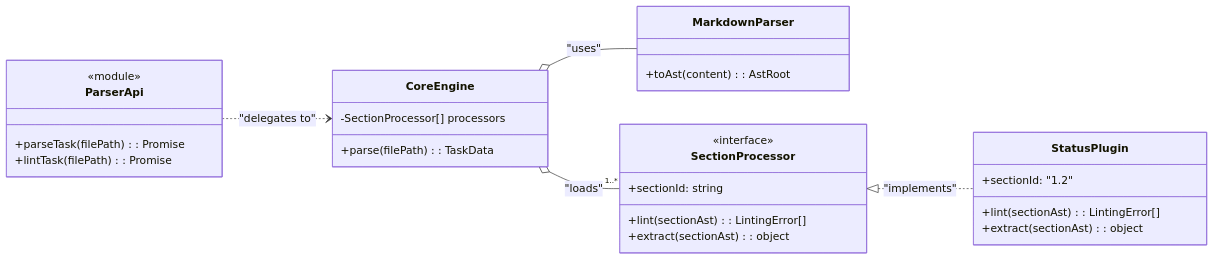
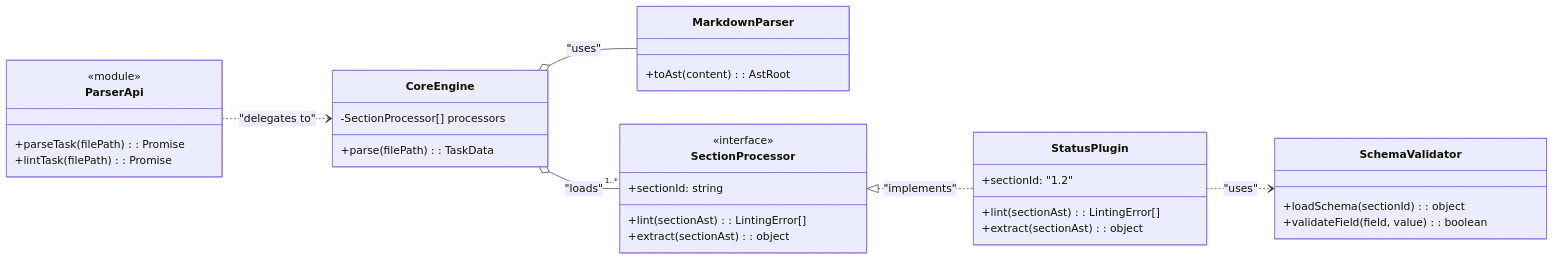
The fifth of 7 diagrams in docs/requirements/p1.p5-doc-parser.plan.md (livelifelively/documentation-driven-development-tools), drawn with Mermaid before and after one commit. The commit also changed other lines of this file and 3 other files, not shown here.

````diff
--- a/docs/requirements/p1.p5-doc-parser.plan.md
+++ b/docs/requirements/p1.p5-doc-parser.plan.md
@@ -212,37 +215,43 @@
 ```mermaid
 classDiagram
     direction LR
 
     class ParserApi {
         <<module>>
         +parseTask(filePath): Promise<TaskData>
         +lintTask(filePath): Promise<LintingError[]>
     }
 
     class CoreEngine {
         -SectionProcessor[] processors
         +parse(filePath): TaskData
     }
 
     class MarkdownParser {
         +toAst(content): AstRoot
     }
 
     class SectionProcessor {
         <<interface>>
         +sectionId: string
         +lint(sectionAst): LintingError[]
         +extract(sectionAst): object
     }
 
+    class SchemaValidator {
+        +loadSchema(sectionId): object
+        +validateField(field, value): boolean
+    }
+
     class StatusPlugin {
         +sectionId: "1.2"
         +lint(sectionAst): LintingError[]
         +extract(sectionAst): object
     }
 
     ParserApi ..> CoreEngine : "delegates to"
     CoreEngine o-- MarkdownParser : "uses"
     CoreEngine o-- "1..*" SectionProcessor : "loads"
     SectionProcessor <|.. StatusPlugin : "implements"
+    StatusPlugin ..> SchemaValidator : "uses"
 ```
````
